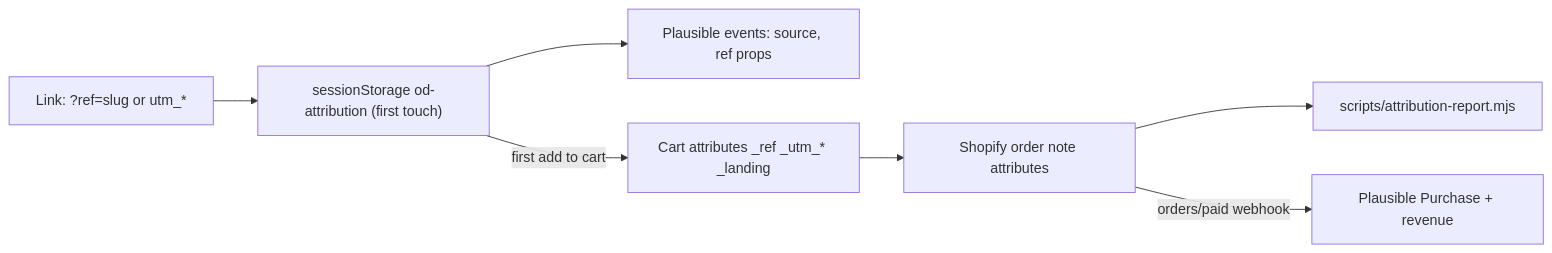
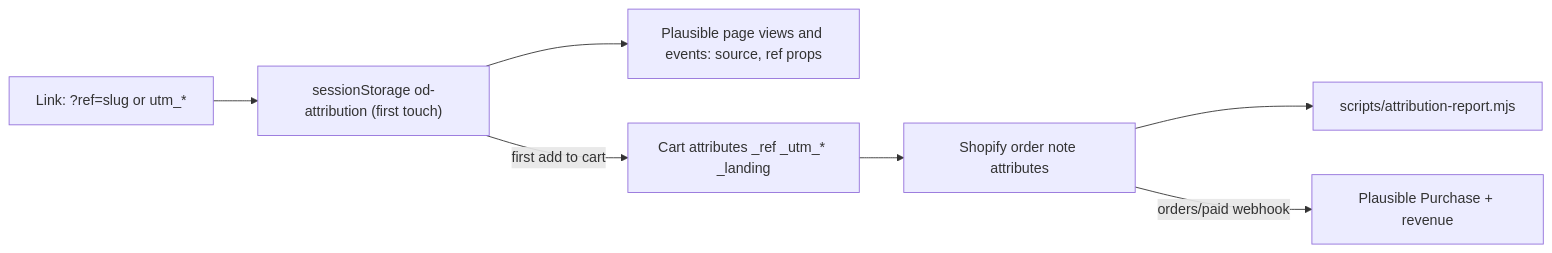
The sixth of 6 diagrams in README.md (OpenDrone-hw/OpenDrone-Web), drawn with Mermaid before and after one commit. The commit also changed other lines of this file and 11 other files, not shown here.

First line of the commit message:
feat: Plausible site script, pageview props, safe revenue (#625)

````diff
--- a/README.md
+++ b/README.md
@@ -976,9 +979,9 @@
 ```mermaid
 flowchart LR
   L["Link: ?ref=slug or utm_*"] --> S["sessionStorage od-attribution (first touch)"]
-  S --> E["Plausible events: source, ref props"]
+  S --> E["Plausible page views and events: source, ref props"]
   S -->|first add to cart| C["Cart attributes _ref _utm_* _landing"]
   C --> O["Shopify order note attributes"]
   O --> R["scripts/attribution-report.mjs"]
   O -->|orders/paid webhook| P["Plausible Purchase + revenue"]
 ```
````
